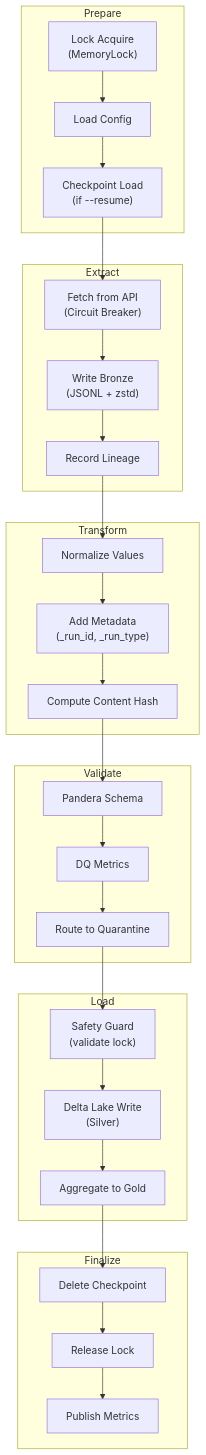
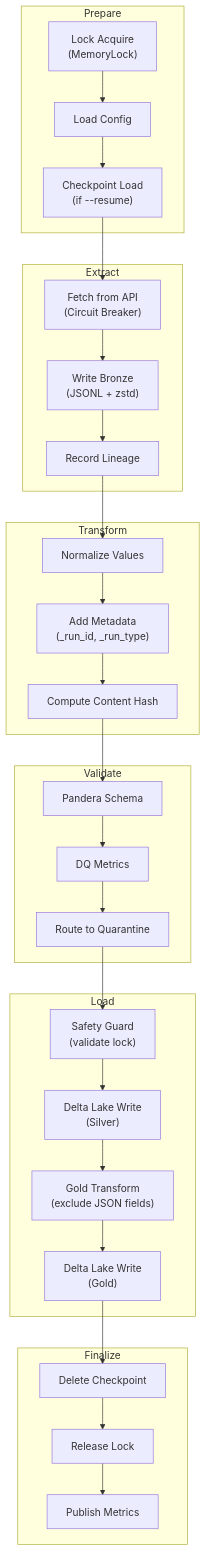
One commit to SatoryKono/BioactivityDataAcquisition changed the second of 3 diagrams in docs/02-architecture/data-flow.md. Above: the diagram before and after it, drawn with Mermaid. The commit also changed other lines of this file and 9 other files, not shown here.

````diff
--- a/docs/02-architecture/data-flow.md
+++ b/docs/02-architecture/data-flow.md
@@ -99,45 +99,46 @@
 ```mermaid
 flowchart TB
   subgraph Prepare
     A1["Lock Acquire<br/>(MemoryLock)"]
     A2["Load Config"]
     A3["Checkpoint Load<br/>(if --resume)"]
   end
 
   subgraph Extract
     B1["Fetch from API<br/>(Circuit Breaker)"]
     B2["Write Bronze<br/>(JSONL + zstd)"]
     B3["Record Lineage"]
   end
 
   subgraph Transform
     C1["Normalize Values"]
     C2["Add Metadata<br/>(_run_id, _run_type)"]
     C3["Compute Content Hash"]
   end
 
   subgraph Validate
     D1["Pandera Schema"]
     D2["DQ Metrics"]
     D3["Route to Quarantine"]
   end
 
   subgraph Load
     E1["Safety Guard<br/>(validate lock)"]
     E2["Delta Lake Write<br/>(Silver)"]
-    E3["Aggregate to Gold"]
+    E3["Gold Transform<br/>(exclude JSON fields)"]
+    E4["Delta Lake Write<br/>(Gold)"]
   end
 
   subgraph Finalize
     F1["Delete Checkpoint"]
     F2["Release Lock"]
     F3["Publish Metrics"]
   end
 
   A1 --> A2 --> A3 --> B1
   B1 --> B2 --> B3 --> C1
   C1 --> C2 --> C3 --> D1
   D1 --> D2 --> D3 --> E1
-  E1 --> E2 --> E3 --> F1
+  E1 --> E2 --> E3 --> E4 --> F1
   F1 --> F2 --> F3
 ```
````
